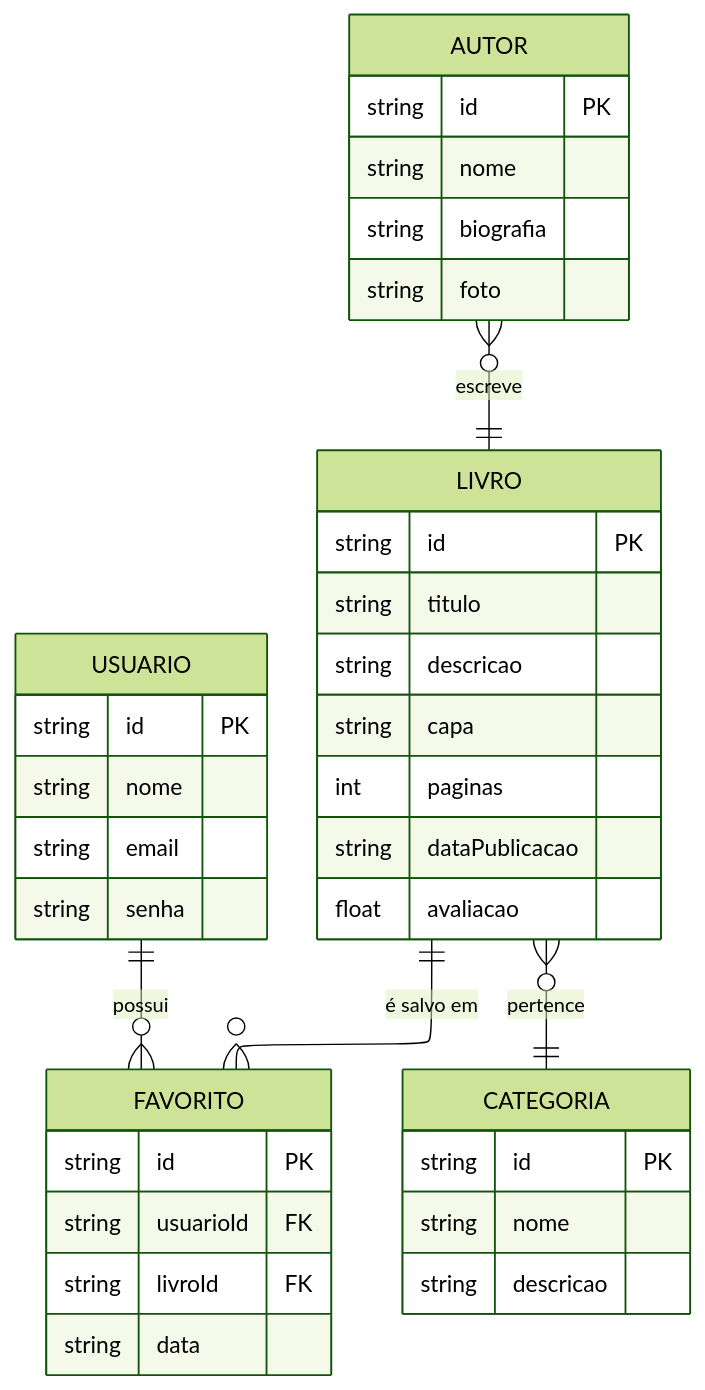
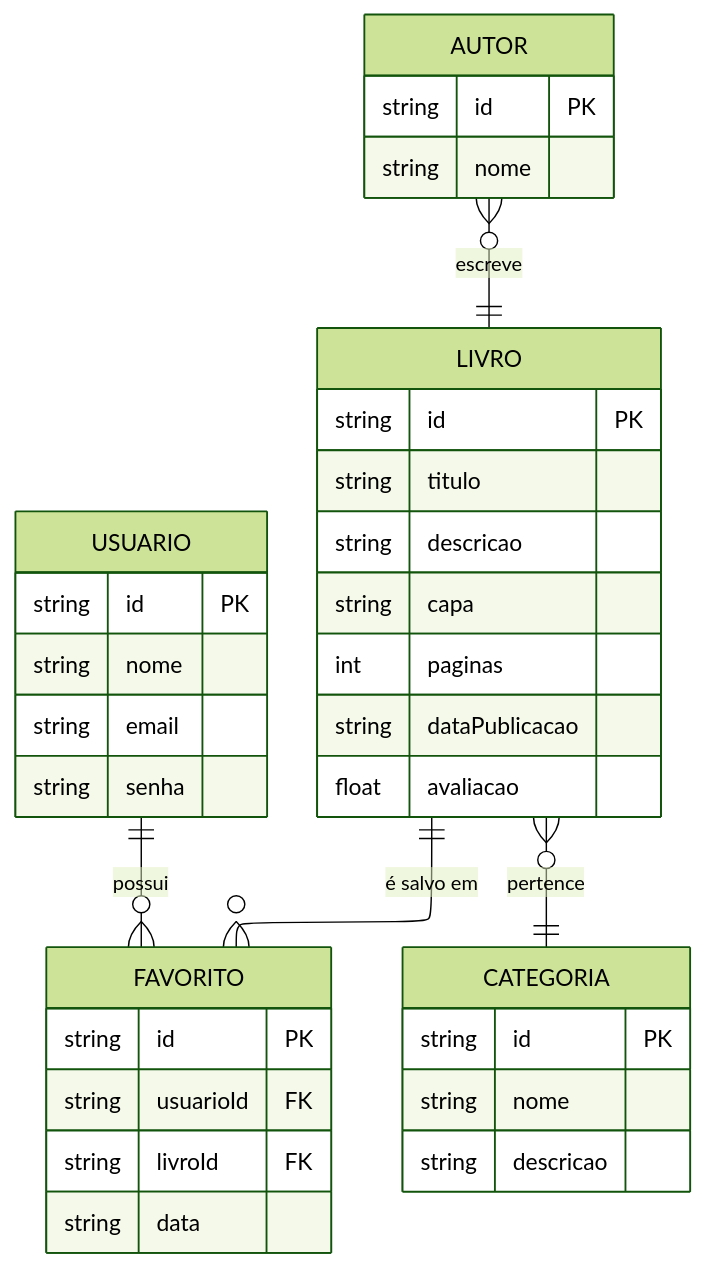
One commit to FoolishOrange/letterbooked changed the diagram in docs/architecture.md. Above: the diagram before and after it, drawn with Mermaid (forest theme).

````diff
--- a/docs/architecture.md
+++ b/docs/architecture.md
@@ -9,49 +9,47 @@
 ```mermaid
 ---
 config:
   layout: elk
 ---
 erDiagram
 	direction TB
 	USUARIO {
 		string id PK ""  
 		string nome  ""  
 		string email  ""  
 		string senha  ""  
 	}
 
 	FAVORITO {
 		string id PK ""  
 		string usuarioId FK ""  
 		string livroId FK ""  
 		string data  ""  
 	}
 
 	AUTOR {
 		string id PK ""  
 		string nome  ""  
-		string biografia  ""  
-		string foto  ""  
 	}
 
 	CATEGORIA {
 		string id PK ""  
 		string nome  ""  
 		string descricao  ""  
 	}
 
 	LIVRO {
 		string id PK ""  
 		string titulo  ""  
 		string descricao  ""  
 		string capa  ""  
 		int paginas  ""  
 		string dataPublicacao  ""  
 		float avaliacao  ""  
 	}
 
 	USUARIO||--o{FAVORITO:"possui"
 	LIVRO||--o{FAVORITO:"é salvo em"
 	AUTOR}o--||LIVRO:"escreve"
 	LIVRO}o--||CATEGORIA:"pertence"
 ```
````
